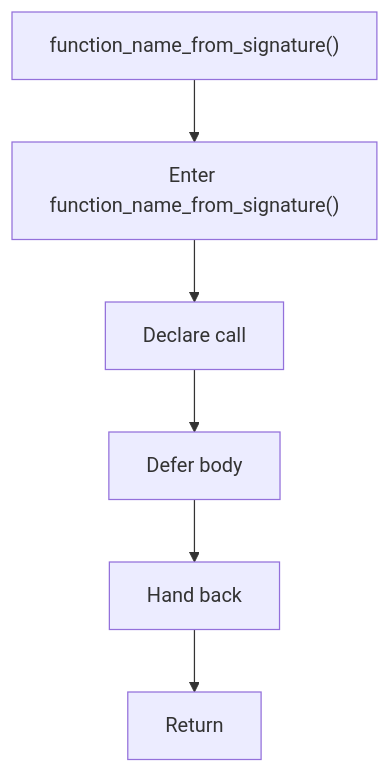
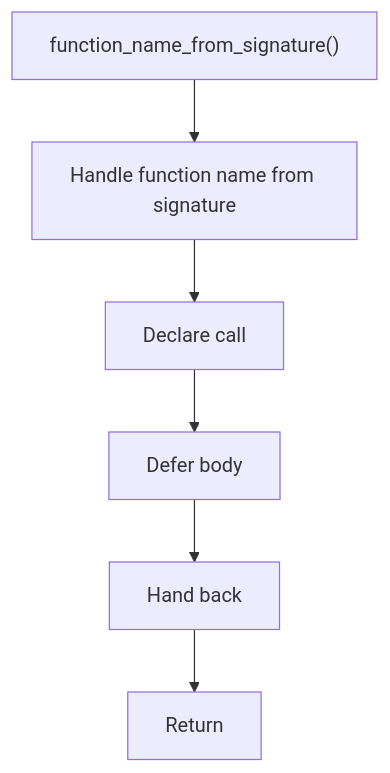
The diagram in docs/Codebase/Microservice/Modules/Header/SyntacticBrokenAST/Analysis/ImplementationUse/Resolution/Symbols/Internal/Flow/functions/function_name_from_signature.hpp.md (JohnAndrewBalbarosa/NeoTerritory), drawn with Mermaid before and after one commit. The commit also changed other lines of this file and 925 other files, not shown here.

````diff
--- a/docs/Codebase/Microservice/Modules/Header/SyntacticBrokenAST/Analysis/ImplementationUse/Resolution/Symbols/Internal/Flow/functions/function_name_from_signature.hpp.md
+++ b/docs/Codebase/Microservice/Modules/Header/SyntacticBrokenAST/Analysis/ImplementationUse/Resolution/Symbols/Internal/Flow/functions/function_name_from_signature.hpp.md
@@ -16,14 +16,14 @@
 ```mermaid
 flowchart TD
     Start["function_name_from_signature()"]
-    N0["Enter function_name_from_signature()"]
+    N0["Handle function name from signature"]
     N1["Declare call"]
     N2["Defer body"]
     N3["Hand back"]
     End["Return"]
     Start --> N0
     N0 --> N1
     N1 --> N2
     N2 --> N3
     N3 --> End
 ```
````
